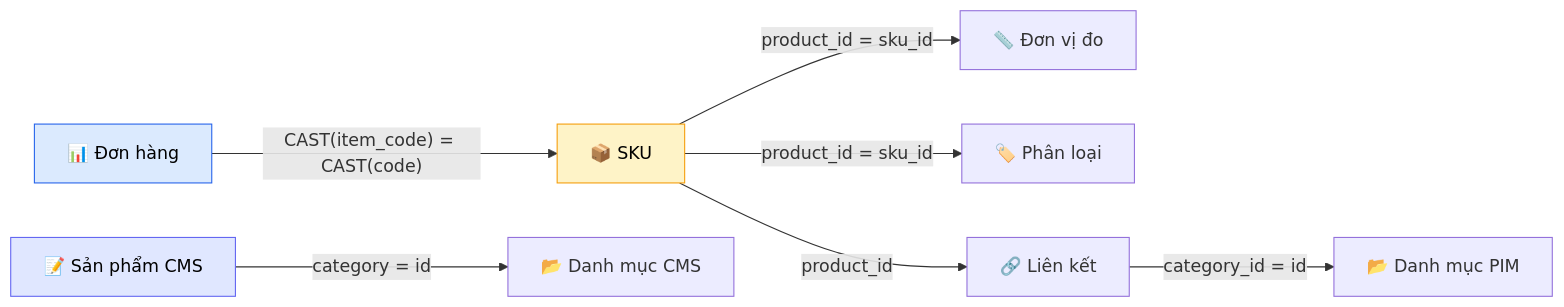
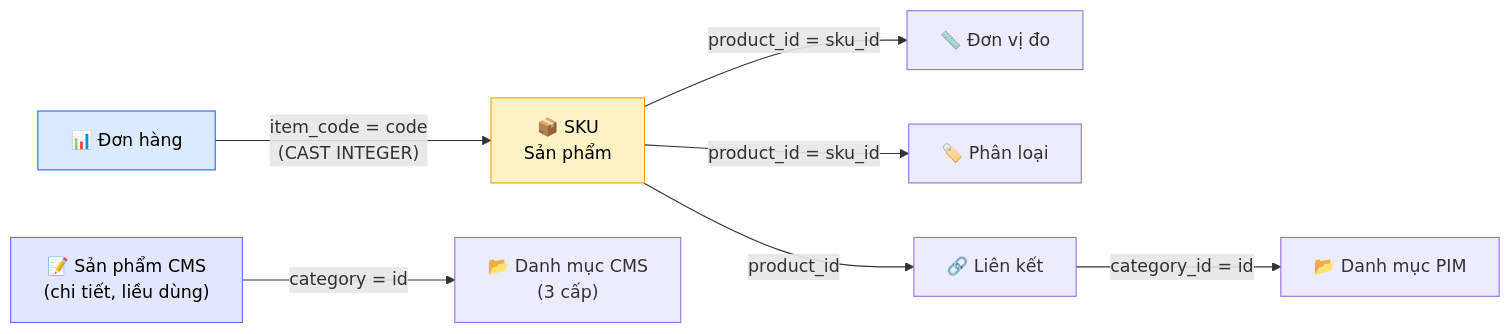
The seventh of 10 diagrams in README.md (quanganpham/datachat), drawn with Mermaid before and after one commit. The commit also changed other lines of this file, not shown here.

````diff
--- a/README.md
+++ b/README.md
@@ -182,13 +314,14 @@
 ```mermaid
 flowchart LR
-    ORDERS["📊 Đơn hàng"] -->|"CAST(item_code) = CAST(code)"| SKU["📦 SKU"]
+    ORDERS["📊 Đơn hàng"] -->|"item_code = code\n(CAST INTEGER)"| SKU["📦 SKU\nSản phẩm"]
     SKU -->|product_id = sku_id| MEASURES["📏 Đơn vị đo"]
     SKU -->|product_id = sku_id| TAXONOMY["🏷️ Phân loại"]
     SKU -->|product_id| CAT_LINK["🔗 Liên kết"]
     CAT_LINK -->|category_id = id| CAT_PIM["📂 Danh mục PIM"]
-    CMS["📝 Sản phẩm CMS"] -->|category = id| CAT_CMS["📂 Danh mục CMS"]
+
+    CMS["📝 Sản phẩm CMS\n(chi tiết, liều dùng)"] -->|category = id| CAT_CMS["📂 Danh mục CMS\n(3 cấp)"]
 
     style ORDERS fill:#DBEAFE,stroke:#2563EB,color:#000
     style SKU fill:#FEF3C7,stroke:#F59E0B,color:#000
     style CMS fill:#E0E7FF,stroke:#6366F1,color:#000
 ```
````
